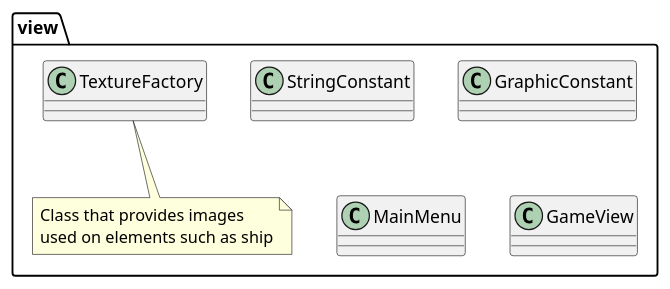
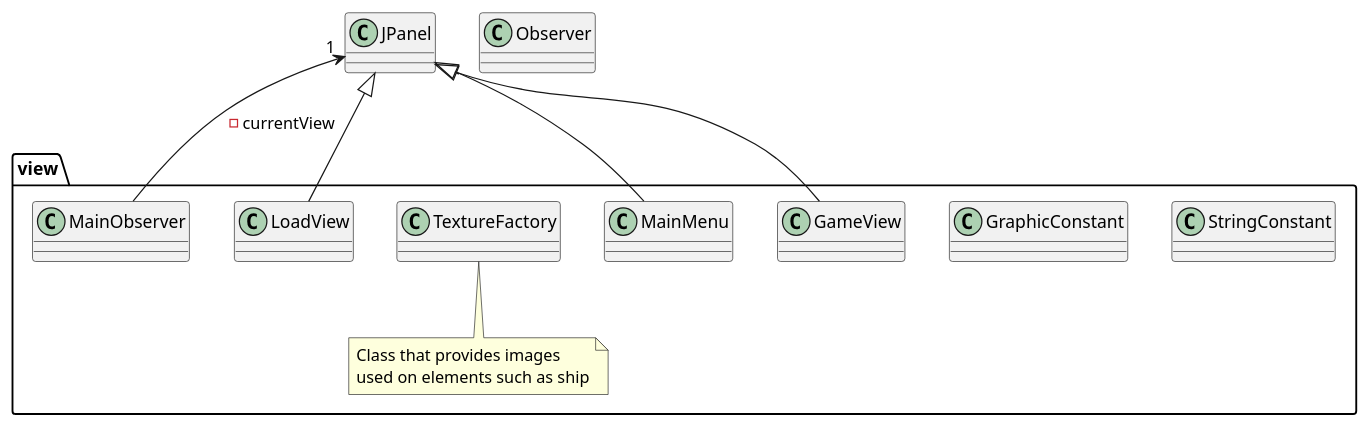
Before and after one commit to Reynault/ShipShop: the diagram in doc/conception/pmul/class/view.puml, drawn with PlantUML.

Commit message:
Update views

```diff
--- a/doc/conception/pmul/class/view.puml
+++ b/doc/conception/pmul/class/view.puml
@@ -1,28 +1,51 @@
 @startuml
 
 package view{
 
     class StringConstant{
 
     }
 
     class GraphicConstant{
+
+    }
+
+    class MainObserver{
+
+    }
+
+
+    class LoadView{
 
     }
 
     class TextureFactory{
 
     }
     note bottom: Class that provides images\nused on elements such as ship
 
     class MainMenu{
 
     }
 
     class GameView{
 
     }
 
 }
 
+class Observer{
+
+}
+
+class JPanel{
+
+}
+
+MainObserver -up-> "1" JPanel: - currentView
+
+MainMenu -up-|> JPanel
+LoadView -up-|> JPanel
+GameView -up-|> JPanel
+
 @enduml
```
